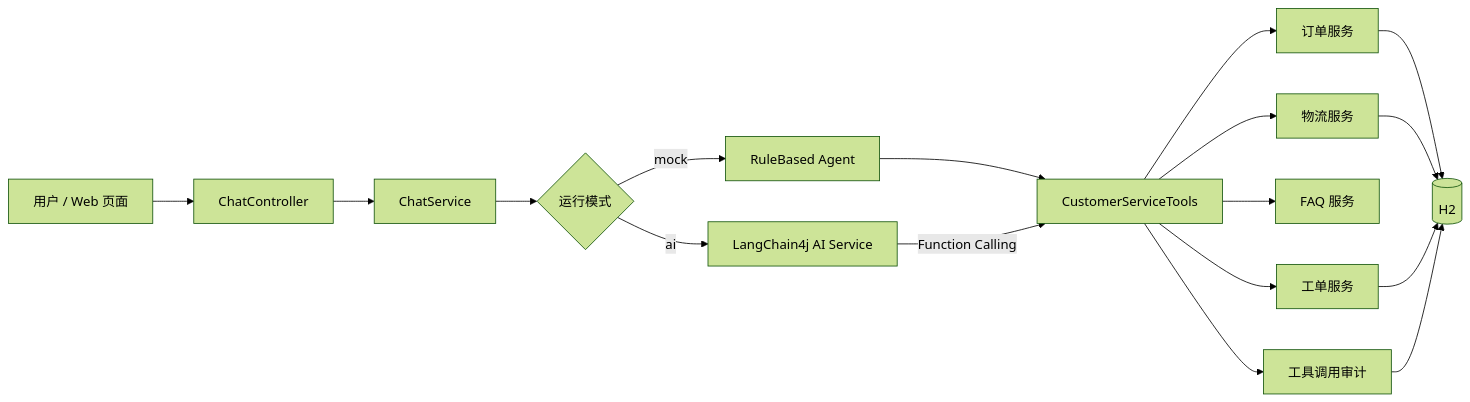
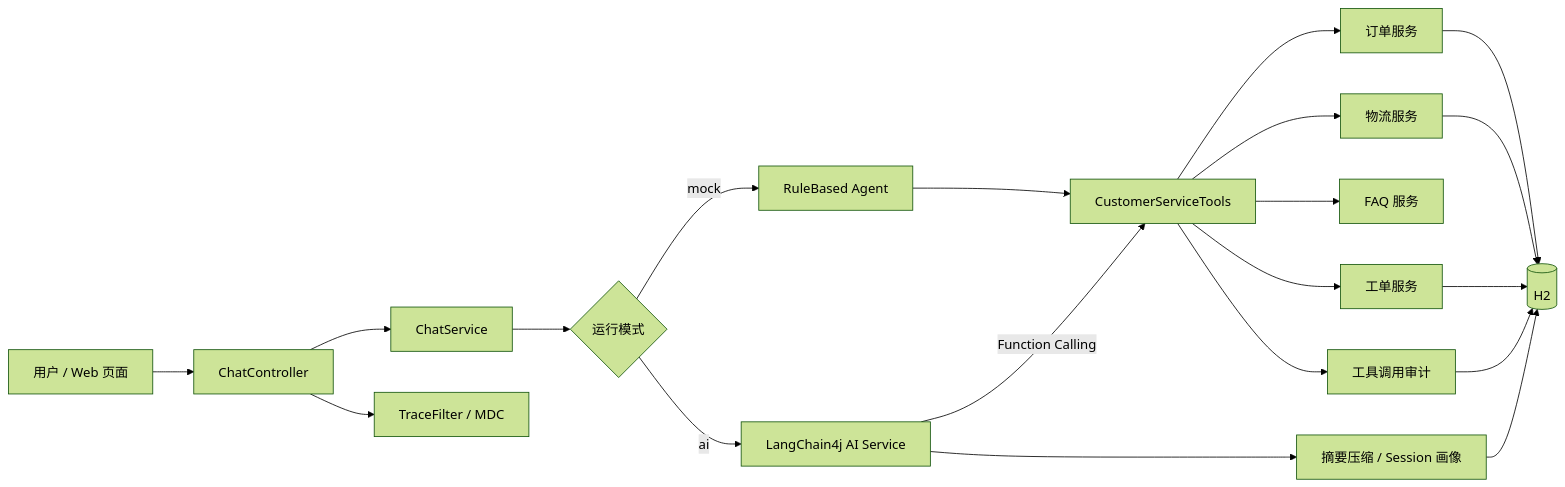
One commit to byff166-design/ai-customer-service-agent changed the diagram in README.md. Above: the diagram before and after it, drawn with Mermaid (forest theme). The commit also changed other lines of this file and 32 other files, not shown here.

````diff
--- a/README.md
+++ b/README.md
@@ -18,19 +19,22 @@
 ```mermaid
 flowchart LR
     U[用户 / Web 页面] --> C[ChatController]
     C --> S[ChatService]
+    C --> X[TraceFilter / MDC]
     S --> A{运行模式}
     A -->|mock| R[RuleBased Agent]
     A -->|ai| L[LangChain4j AI Service]
     R --> T[CustomerServiceTools]
     L -->|Function Calling| T
     T --> O[订单服务]
     T --> G[物流服务]
     T --> F[FAQ 服务]
     T --> K[工单服务]
     O --> H[(H2)]
     G --> H
     K --> H
     T --> D[工具调用审计]
     D --> H
+    L --> M[摘要压缩 / Session 画像]
+    M --> H
 ```
````
